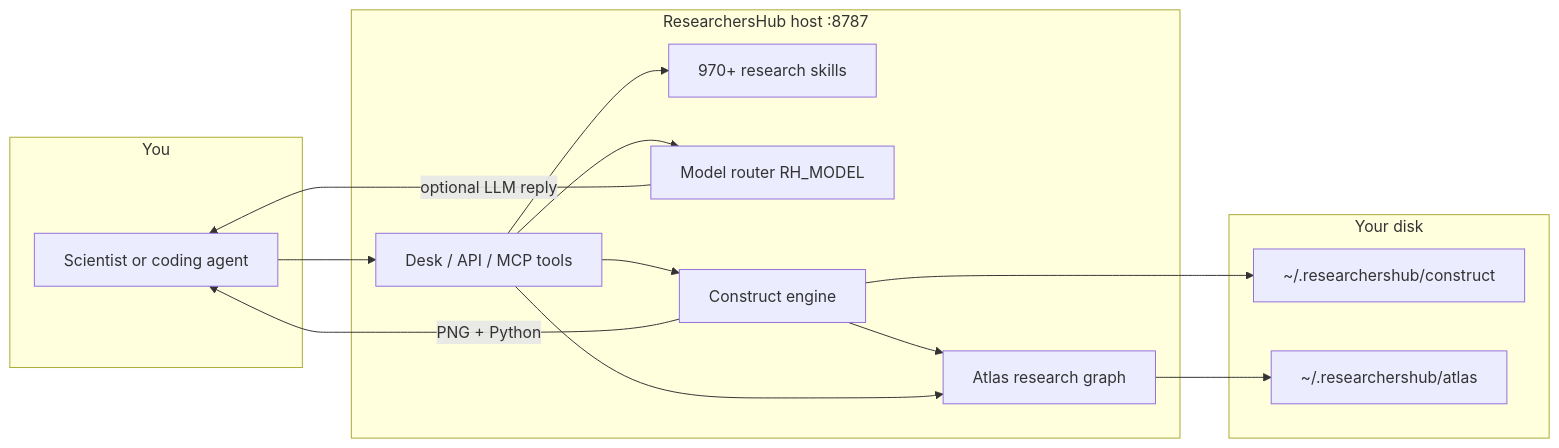
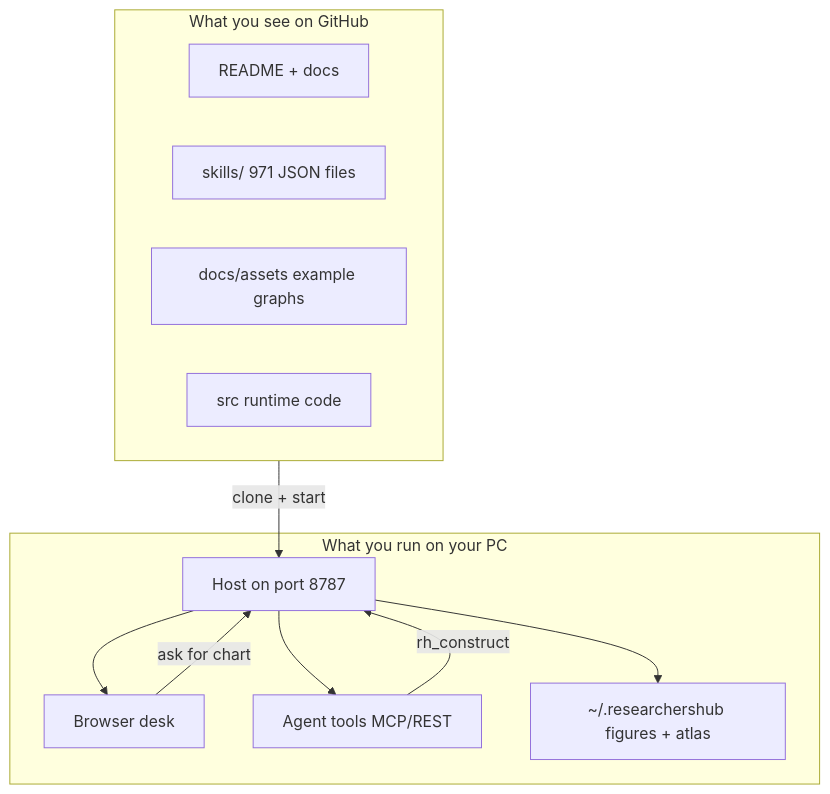
One commit to ItsNotAILABS/ResearchersHub changed the first of 3 diagrams in README.md. Above: the diagram before and after it, drawn with Mermaid. The commit also changed other lines of this file and 3 other files, not shown here.

First line of the commit message:
Clarify product story: how to use, what users see, how agents call it.

````diff
--- a/README.md
+++ b/README.md
@@ -58,27 +38,21 @@
 ```mermaid
-flowchart LR
-  subgraph You
-    A[Scientist or coding agent]
+flowchart TB
+  subgraph GitHub["What you see on GitHub"]
+    R[README + docs]
+    S[skills/ 971 JSON files]
+    A[docs/assets example graphs]
+    C[src runtime code]
   end
-  subgraph Host["ResearchersHub host :8787"]
-    B[Desk / API / MCP tools]
-    C[970+ research skills]
-    D[Model router RH_MODEL]
-    E[Construct engine]
-    F[Atlas research graph]
+  subgraph Run["What you run on your PC"]
+    H[Host on port 8787]
+    D[Browser desk]
+    T[Agent tools MCP/REST]
+    Disk["~/.researchershub figures + atlas"]
   end
-  subgraph Disk["Your disk"]
-    G["~/.researchershub/construct"]
-    H["~/.researchershub/atlas"]
-  end
-  A --> B
-  B --> C
-  B --> D
-  B --> E
-  E --> G
-  E --> F
-  B --> F
-  F --> H
-  E -->|PNG + Python| A
-  D -->|optional LLM reply| A
+  GitHub -->|clone + start| H
+  H --> D
+  H --> T
+  H --> Disk
+  D -->|ask for chart| H
+  T -->|rh_construct| H
 ```
````
